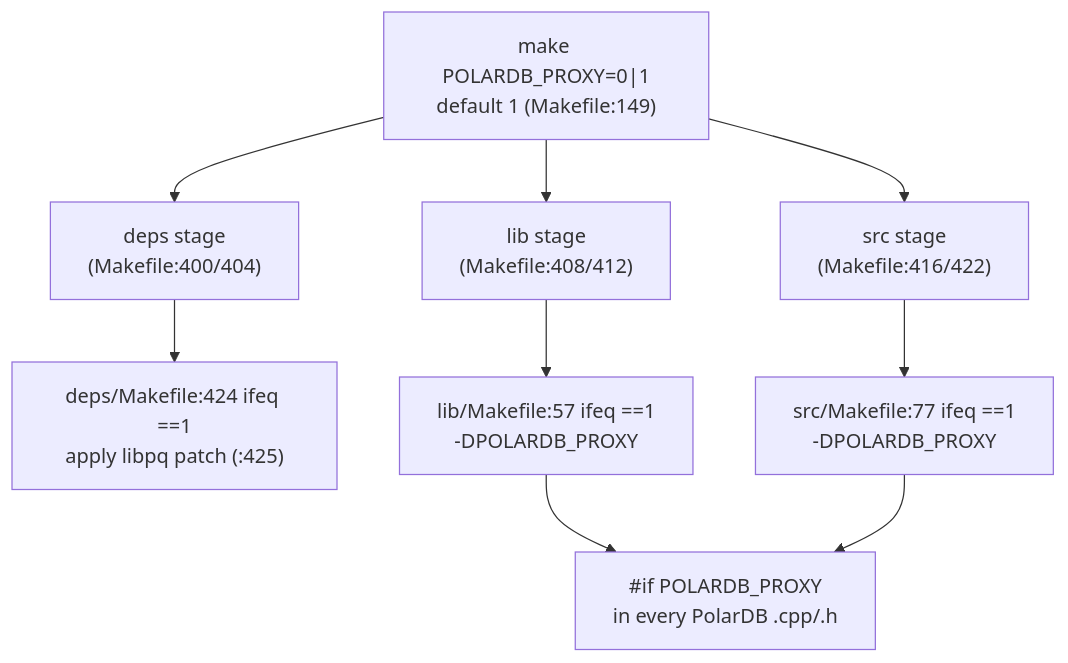
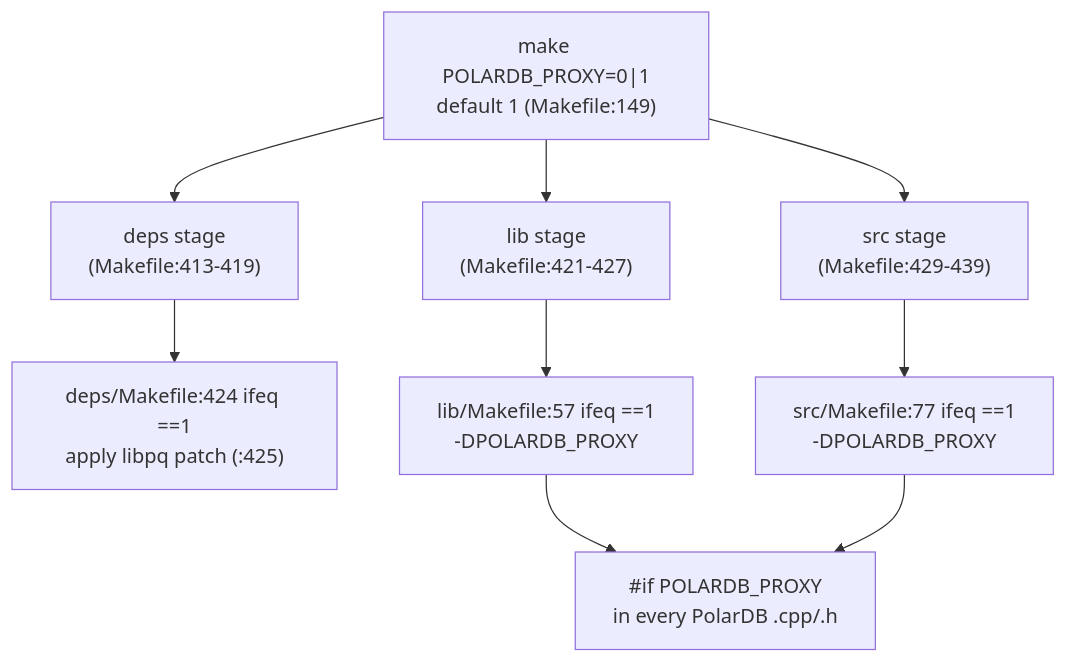
The first of 4 diagrams in doc/polardb-arch/02-BUILD-TOGGLE-AND-LIBPQ.md (awide-labs/polar-proxy), drawn with Mermaid before and after one commit. The commit also changed other lines of this file and 29 other files, not shown here.

First line of the commit message:
docs(polardb): document v15_wait extended query flow

````diff
--- a/doc/polardb-arch/02-BUILD-TOGGLE-AND-LIBPQ.md
+++ b/doc/polardb-arch/02-BUILD-TOGGLE-AND-LIBPQ.md
@@ -486,11 +489,11 @@
 ```mermaid
 flowchart TD
-  A["make POLARDB_PROXY=0|1<br/>default 1 (Makefile:149)"] --> B["deps stage<br/>(Makefile:400/404)"]
-  A --> C["lib stage<br/>(Makefile:408/412)"]
-  A --> D["src stage<br/>(Makefile:416/422)"]
+  A["make POLARDB_PROXY=0|1<br/>default 1 (Makefile:149)"] --> B["deps stage<br/>(Makefile:413-419)"]
+  A --> C["lib stage<br/>(Makefile:421-427)"]
+  A --> D["src stage<br/>(Makefile:429-439)"]
   B --> B1["deps/Makefile:424 ifeq ==1<br/>apply libpq patch (:425)"]
   C --> C1["lib/Makefile:57 ifeq ==1<br/>-DPOLARDB_PROXY"]
   D --> D1["src/Makefile:77 ifeq ==1<br/>-DPOLARDB_PROXY"]
   C1 --> E["#if POLARDB_PROXY<br/>in every PolarDB .cpp/.h"]
   D1 --> E
 ```
````
